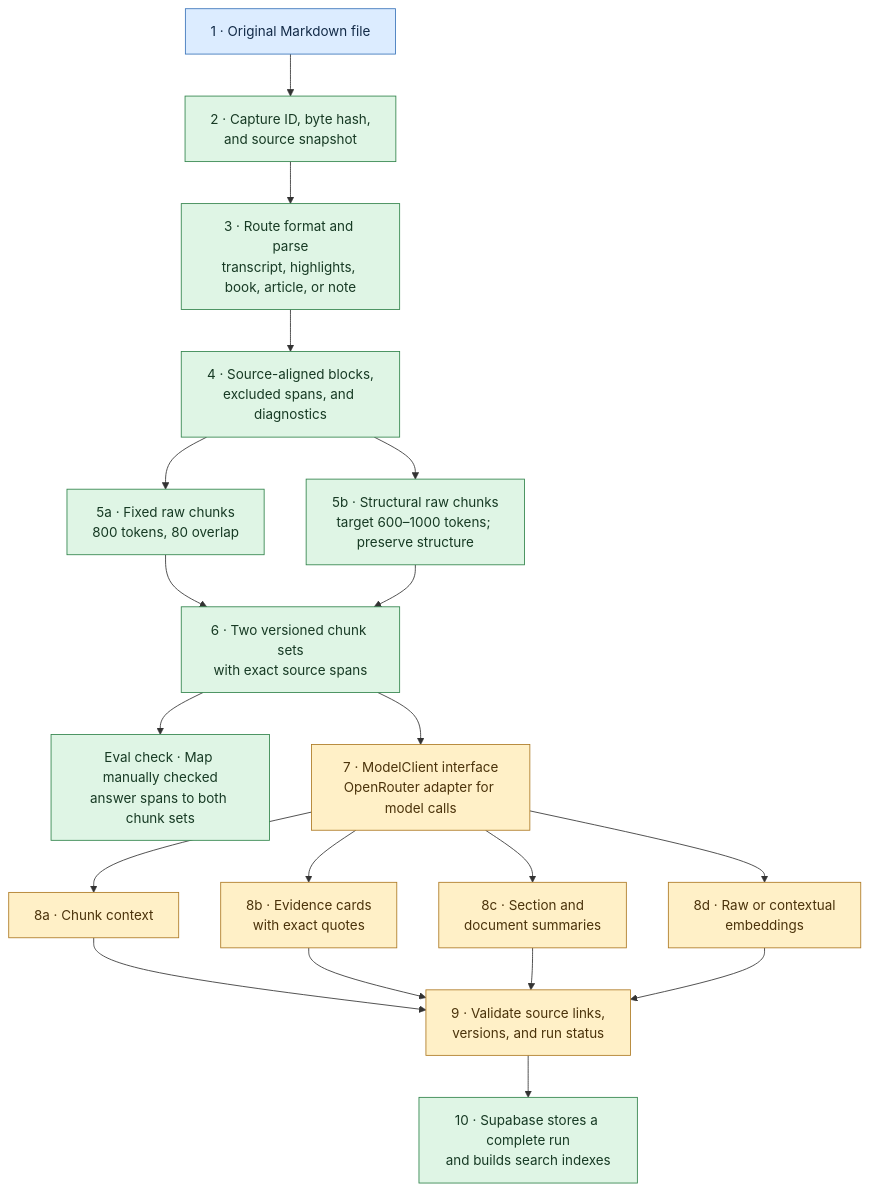
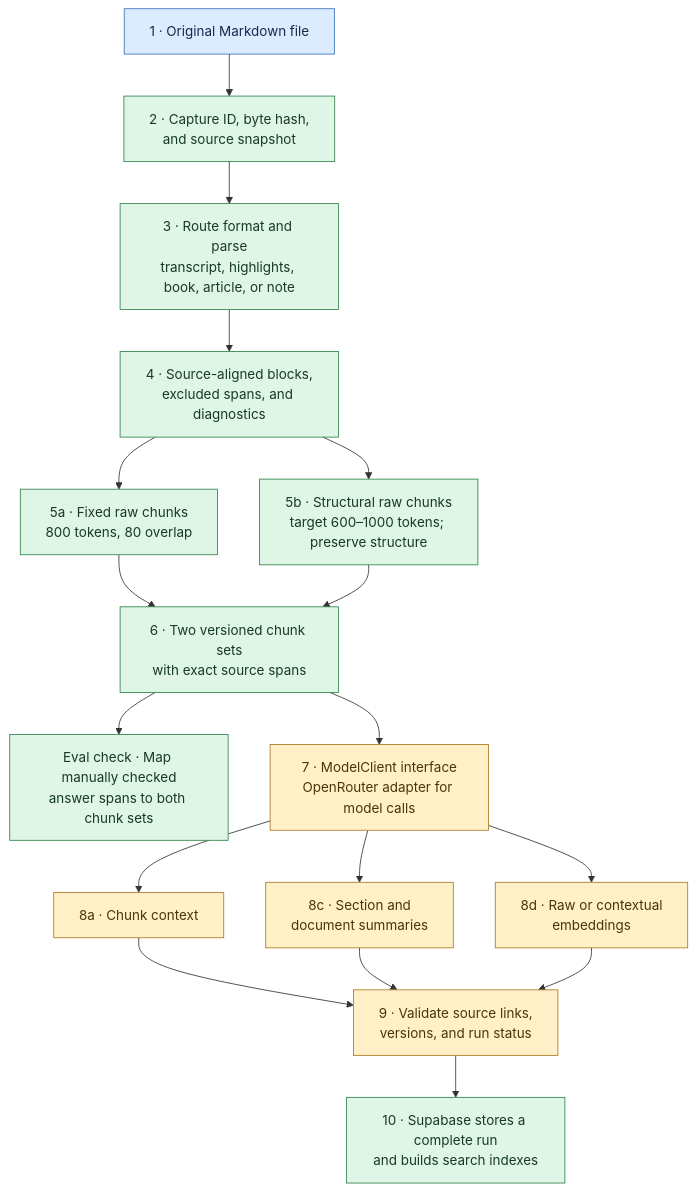
One commit to matteop92/knowledge-base-agent changed the first of 2 diagrams in SYSTEM.md. Above: the diagram before and after it, drawn with Mermaid. The commit also changed other lines of this file and 47 other files, not shown here.

Commit message:
refactor: remove evidence cards from answer and ingestion paths

````diff
--- a/SYSTEM.md
+++ b/SYSTEM.md
@@ -9,29 +9,27 @@
 ```mermaid
 flowchart TB
     SRC["1 · Original Markdown file"] --> CAP["2 · Capture ID, byte hash,<br/>and source snapshot"]
     CAP --> PARSE["3 · Route format and parse<br/>transcript, highlights, book, article, or note"]
     PARSE --> BLOCKS["4 · Source-aligned blocks,<br/>excluded spans, and diagnostics"]
     BLOCKS --> FIXED["5a · Fixed raw chunks<br/>800 tokens, 80 overlap"]
     BLOCKS --> STRUCT["5b · Structural raw chunks<br/>target 600–1000 tokens; preserve structure"]
     FIXED --> CHUNKS["6 · Two versioned chunk sets<br/>with exact source spans"]
     STRUCT --> CHUNKS
     CHUNKS --> LABELS["Eval check · Map manually checked<br/>answer spans to both chunk sets"]
     CHUNKS --> CLIENT["7 · ModelClient interface<br/>OpenRouter adapter for model calls"]
     CLIENT --> CONTEXT["8a · Chunk context"]
-    CLIENT --> CARDS["8b · Evidence cards<br/>with exact quotes"]
     CLIENT --> SUMMARIES["8c · Section and<br/>document summaries"]
     CLIENT --> EMBEDDINGS["8d · Raw or contextual<br/>embeddings"]
     CONTEXT --> CHECK["9 · Validate source links,<br/>versions, and run status"]
-    CARDS --> CHECK
     SUMMARIES --> CHECK
     EMBEDDINGS --> CHECK
     CHECK --> STORE["10 · Supabase stores a complete run<br/>and builds search indexes"]
 
     classDef source fill:#dcecff,stroke:#3973b9,color:#132b48
     classDef working fill:#dff5e5,stroke:#30834a,color:#173a24
     classDef model fill:#fff0c7,stroke:#ad7923,color:#4b330b
     classDef planned fill:#eceef3,stroke:#758097,color:#202938
     class SRC source
     class CAP,PARSE,BLOCKS,FIXED,STRUCT,CHUNKS,LABELS,STORE working
-    class CLIENT,CONTEXT,CARDS,SUMMARIES,EMBEDDINGS,CHECK model
+    class CLIENT,CONTEXT,SUMMARIES,EMBEDDINGS,CHECK model
 ```
````
